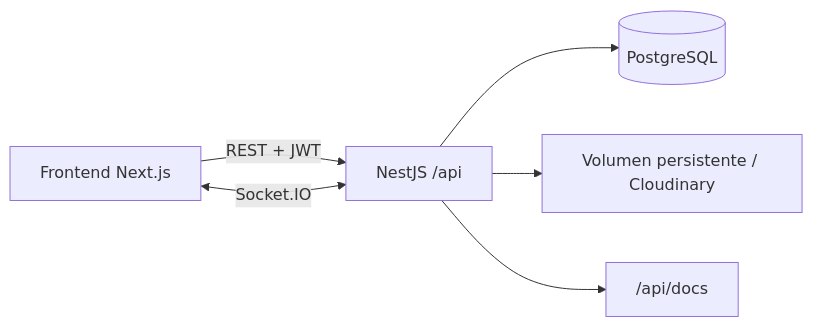
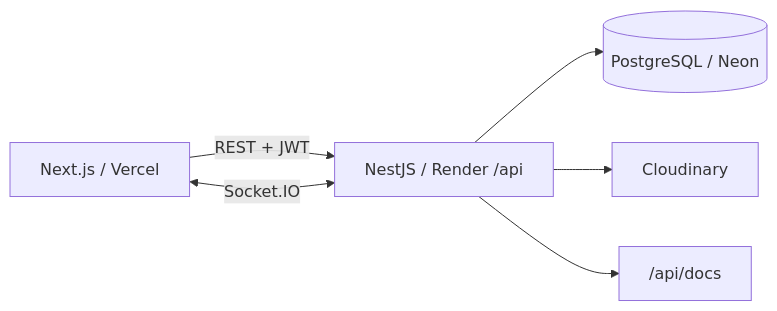
The diagram in README.md (gesteb3/hivibe), drawn with Mermaid before and after one commit. The commit also changed other lines of this file, not shown here.

````diff
--- a/README.md
+++ b/README.md
@@ -22,8 +25,8 @@
 ```mermaid
 flowchart LR
-  Web["Frontend Next.js"] -->|REST + JWT| API["NestJS /api"]
+  Web["Next.js / Vercel"] -->|REST + JWT| API["NestJS / Render /api"]
   Web <-->|Socket.IO| API
-  API --> DB[("PostgreSQL")]
-  API --> Media["Volumen persistente / Cloudinary"]
+  API --> DB[("PostgreSQL / Neon")]
+  API --> Media["Cloudinary"]
   API --> Swagger["/api/docs"]
 ```
````
